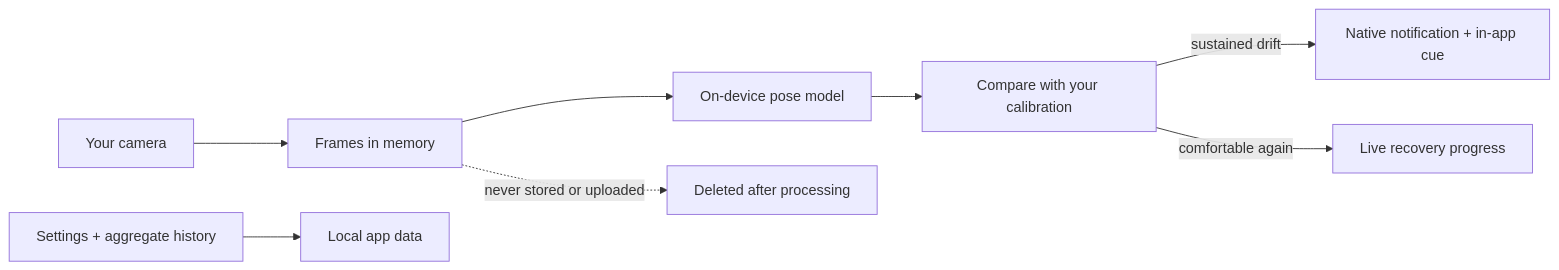
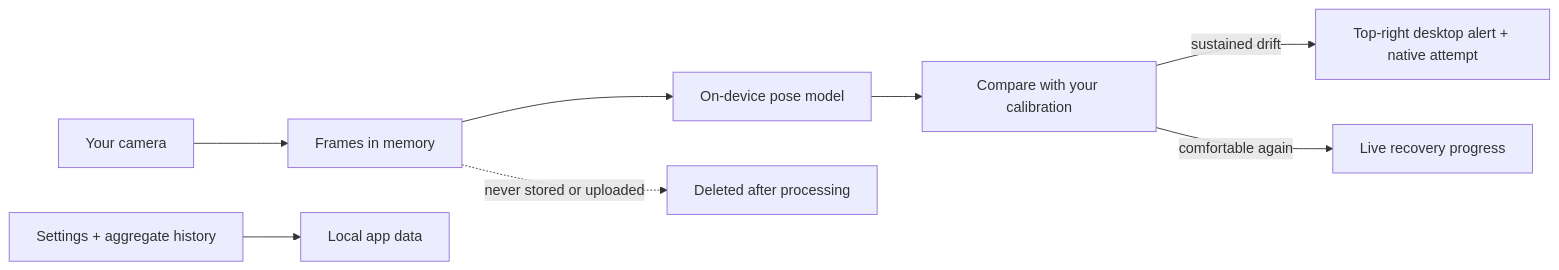
Before and after one commit to whatnotbot/open-posture: the diagram in README.md, drawn with Mermaid. The commit also changed other lines of this file and 15 other files, not shown here.

````diff
--- a/README.md
+++ b/README.md
@@ -138,10 +138,10 @@
 ```mermaid
 flowchart LR
   Camera["Your camera"] --> Memory["Frames in memory"]
   Memory --> Model["On-device pose model"]
   Model --> Compare["Compare with your calibration"]
-  Compare -->|"sustained drift"| Alert["Native notification + in-app cue"]
+  Compare -->|"sustained drift"| Alert["Top-right desktop alert + native attempt"]
   Compare -->|"comfortable again"| Recover["Live recovery progress"]
   Settings["Settings + aggregate history"] --> Disk["Local app data"]
   Memory -. "never stored or uploaded" .-> Stop["Deleted after processing"]
 ```
````
